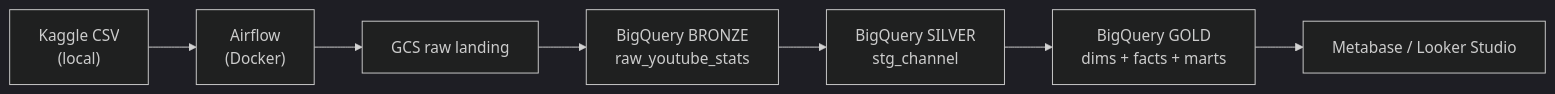
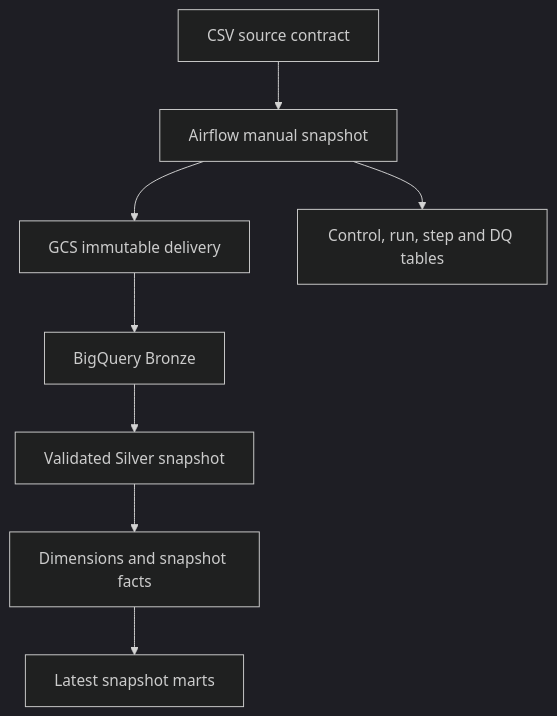
One commit to mustafaddogann/yt_de_project changed the diagram in README.md. Above: the diagram before and after it, drawn with Mermaid (dark theme). The commit also changed other lines of this file and 51 other files, not shown here.

````diff
--- a/README.md
+++ b/README.md
@@ -20,9 +9,10 @@
 ```mermaid
-flowchart LR
-    A["Kaggle CSV<br/>(local)"] --> B["Airflow<br/>(Docker)"]
-    B --> C["GCS raw landing"]
-    C --> D["BigQuery BRONZE<br/>raw_youtube_stats"]
-    D --> E["BigQuery SILVER<br/>stg_channel"]
-    E --> F["BigQuery GOLD<br/>dims + facts + marts"]
-    F --> G["Metabase / Looker Studio"]
+flowchart TD
+    Source["CSV source contract"] --> Airflow["Airflow manual snapshot"]
+    Airflow --> Landing["GCS immutable delivery"]
+    Landing --> Bronze["BigQuery Bronze"]
+    Bronze --> Silver["Validated Silver snapshot"]
+    Silver --> Gold["Dimensions and snapshot facts"]
+    Gold --> Marts["Latest snapshot marts"]
+    Airflow --> Ops["Control, run, step and DQ tables"]
 ```
````
